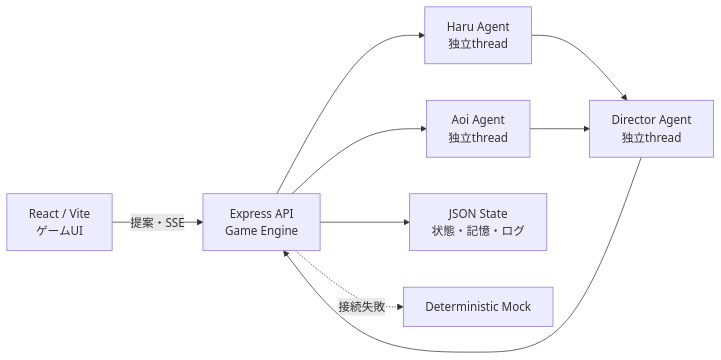
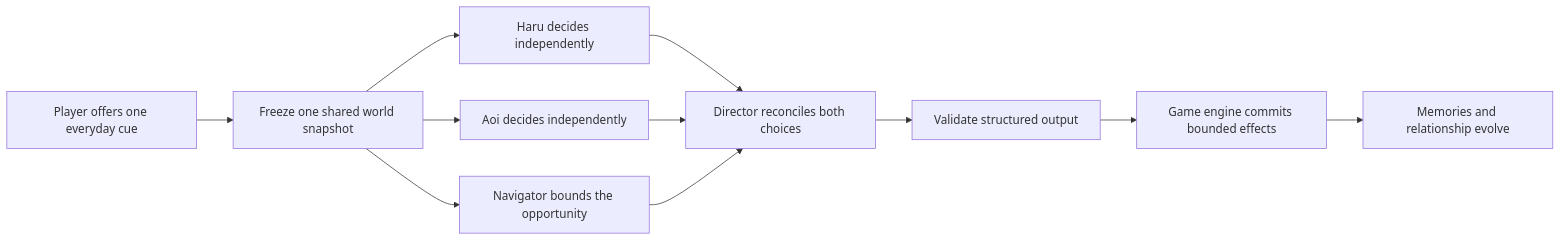
The first of 2 diagrams in README.md (aieo-product/roommates-autonomous-life-sim), drawn with Mermaid before and after one commit. The commit also changed other lines of this file, not shown here.

````diff
--- a/README.md
+++ b/README.md
@@ -28,11 +67,13 @@
 ```mermaid
 flowchart LR
-    UI["React / Vite<br/>ゲームUI"] -->|"提案・SSE"| API["Express API<br/>Game Engine"]
-    API --> H["Haru Agent<br/>独立thread"]
-    API --> A["Aoi Agent<br/>独立thread"]
-    H --> D["Director Agent<br/>独立thread"]
+    P["Player offers one everyday cue"] --> S["Freeze one shared world snapshot"]
+    S --> N["Navigator bounds the opportunity"]
+    S --> H["Haru decides independently"]
+    S --> A["Aoi decides independently"]
+    H --> D["Director reconciles both choices"]
     A --> D
-    D --> API
-    API --> STATE["JSON State<br/>状態・記憶・ログ"]
-    API -. "接続失敗" .-> MOCK["Deterministic Mock"]
+    N --> D
+    D --> V["Validate structured output"]
+    V --> E["Game engine commits bounded effects"]
+    E --> M["Memories and relationship evolve"]
 ```
````
